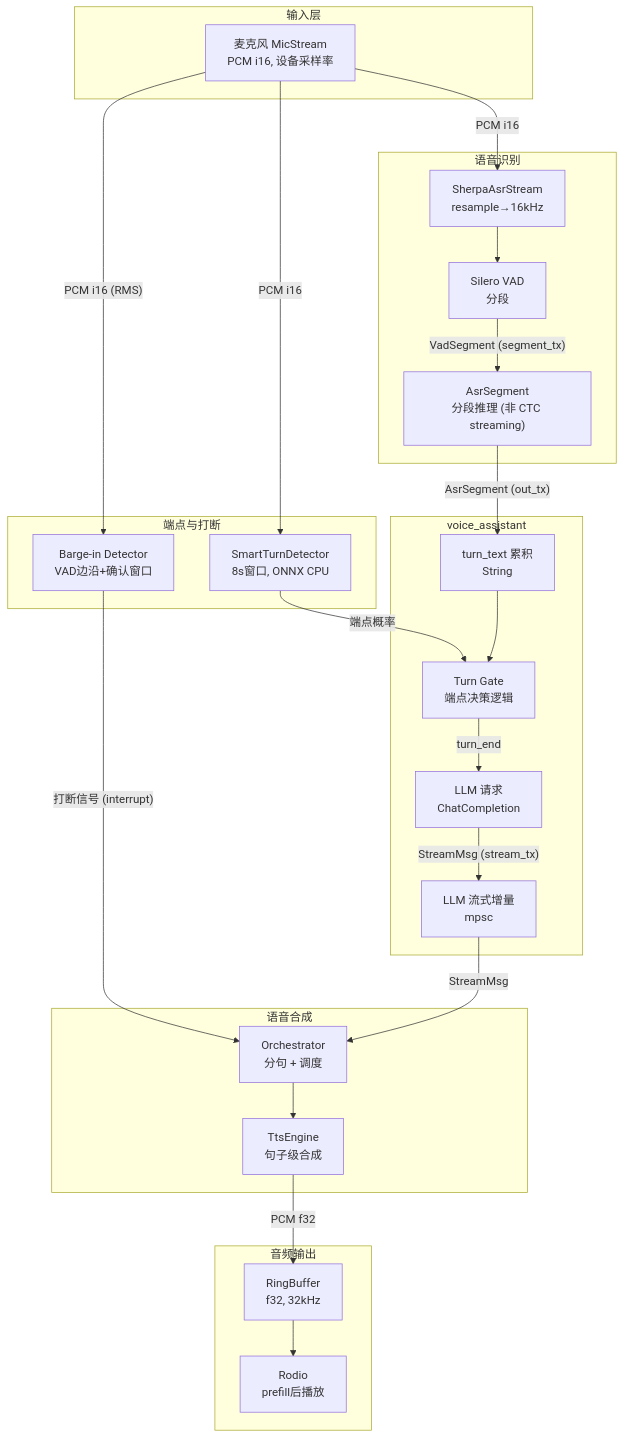
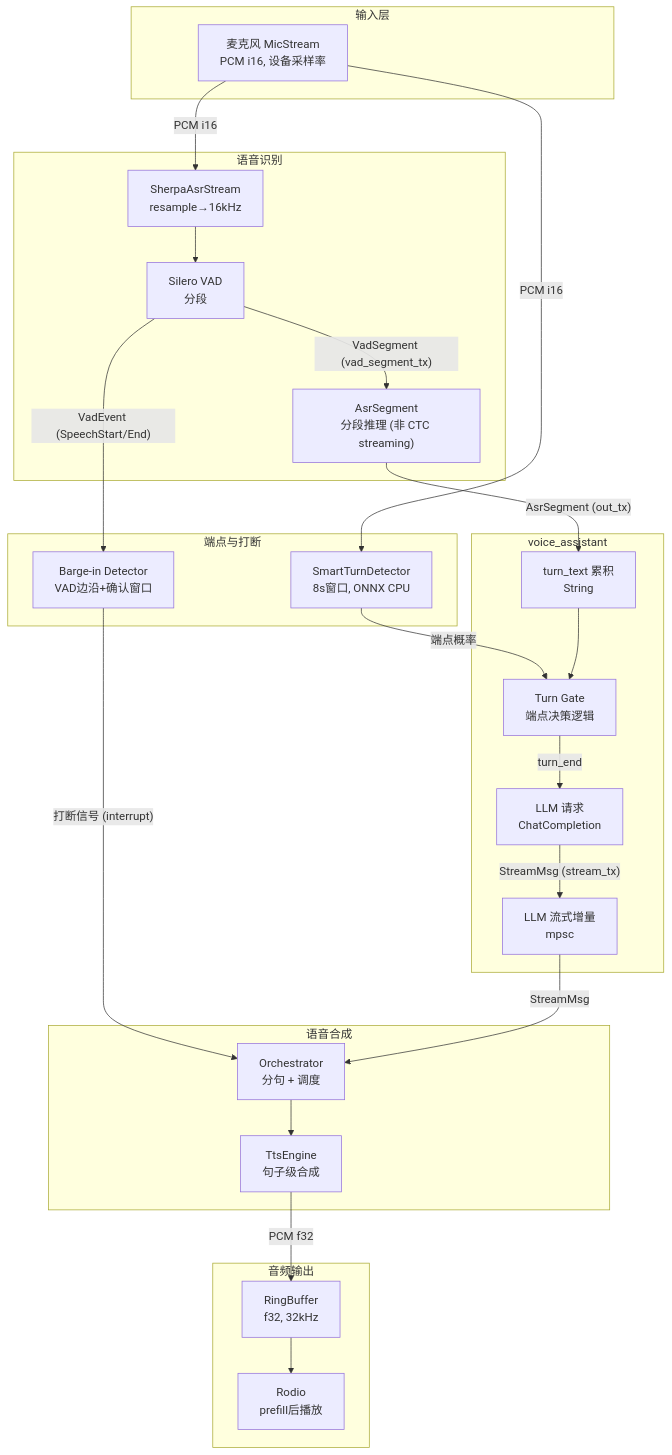
The second of 4 diagrams in docs/ARCHITECTURE.md (sanshanya/rcat-voice), drawn with Mermaid before and after one commit. The commit also changed other lines of this file and 5 other files, not shown here.

````diff
--- a/docs/ARCHITECTURE.md
+++ b/docs/ARCHITECTURE.md
@@ -170,54 +174,54 @@
 ```mermaid
 flowchart TB
     subgraph Input["输入层"]
         MIC["麦克风 MicStream<br/>PCM i16, 设备采样率"]
     end
 
     subgraph ASR["语音识别"]
         SHERPA["SherpaAsrStream<br/>resample→16kHz"]
         VAD["Silero VAD<br/>分段"]
         ASR_SEG["AsrSegment<br/>分段推理 (非 CTC streaming)"]
     end
 
     subgraph Turn["端点与打断"]
         SMART["SmartTurnDetector<br/>8s窗口, ONNX CPU"]
         BARGE_DET["Barge-in Detector<br/>VAD边沿+确认窗口"]
     end
 
     subgraph VoiceAssistant["voice_assistant"]
         TURN_TEXT["turn_text 累积<br/>String"]
         TURN_GATE["Turn Gate<br/>端点决策逻辑"]
         LLM_REQ["LLM 请求<br/>ChatCompletion"]
         LLM_DELTA["LLM 流式增量<br/>mpsc<StreamMsg>"]
     end
 
     subgraph TTS["语音合成"]
         ORCH["Orchestrator<br/>分句 + 调度"]
         ENGINE["TtsEngine<br/>句子级合成"]
     end
 
     subgraph Audio["音频输出"]
         RING["RingBuffer<br/>f32, 32kHz"]
         RODIO["Rodio<br/>prefill后播放"]
     end
 
     MIC -->|"PCM i16"| SHERPA
     MIC -->|"PCM i16"| SMART
-    MIC -->|"PCM i16 (RMS)"| BARGE_DET
 
     SHERPA --> VAD
-    VAD -->|"VadSegment (segment_tx)"| ASR_SEG
+    VAD -->|"VadSegment (vad_segment_tx)"| ASR_SEG
+    VAD -->|"VadEvent (SpeechStart/End)"| BARGE_DET
     ASR_SEG -->|"AsrSegment (out_tx)"| TURN_TEXT
 
     SMART -->|"端点概率"| TURN_GATE
     TURN_TEXT --> TURN_GATE
     TURN_GATE -->|"turn_end"| LLM_REQ
     LLM_REQ -->|"StreamMsg (stream_tx)"| LLM_DELTA
 
     BARGE_DET -->|"打断信号 (interrupt)"| ORCH
 
     LLM_DELTA -->|"StreamMsg"| ORCH
     ORCH --> ENGINE
     ENGINE -->|"PCM f32"| RING
     RING --> RODIO
 ```
````
